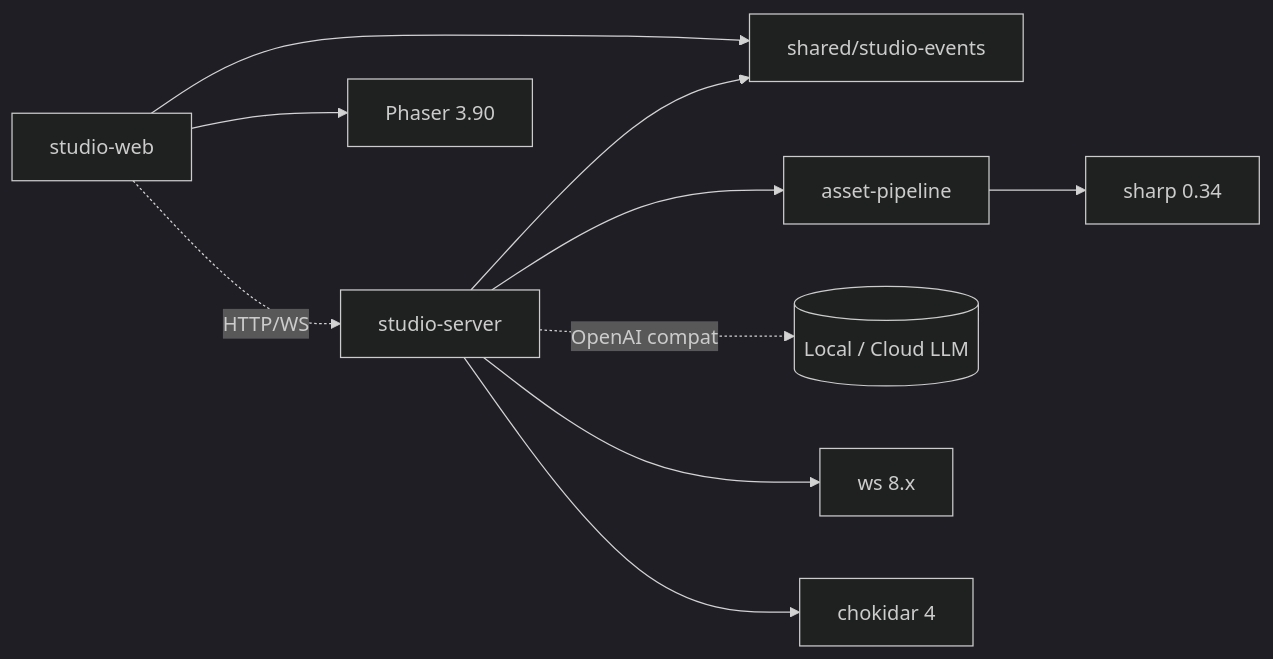
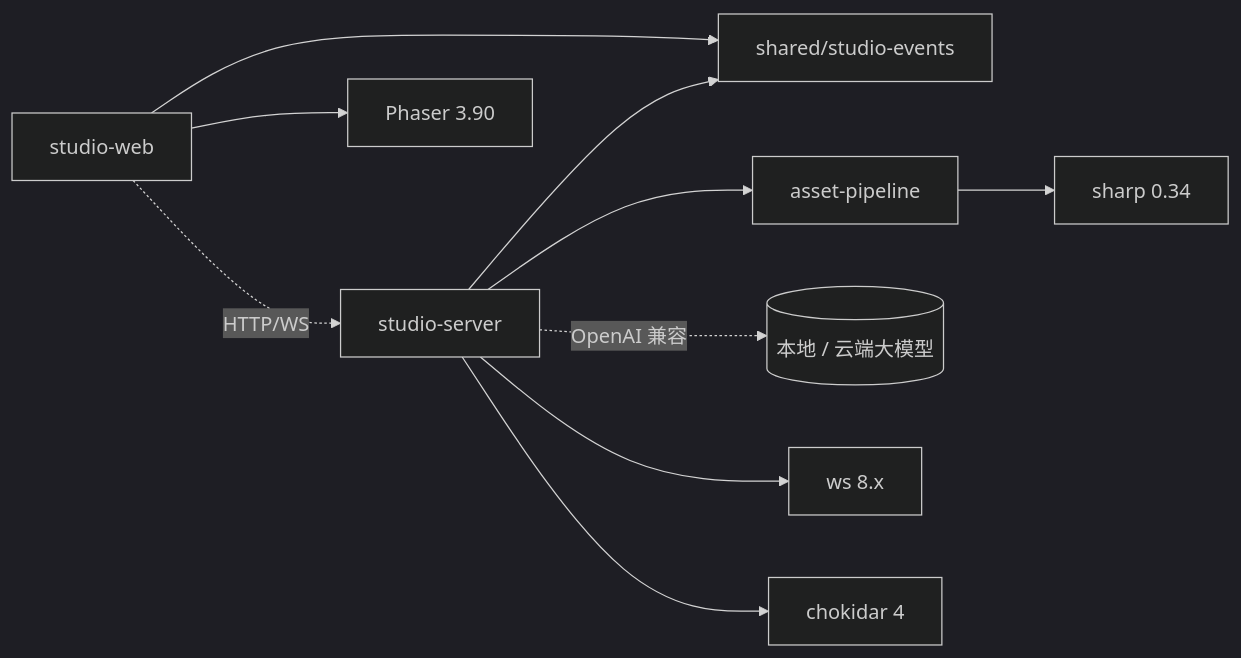
One commit to YeLuo45/AiGameAgent-design changed the third of 3 diagrams in docs-site/architecture.md. Above: the diagram before and after it, drawn with Mermaid (dark theme). The commit also changed other lines of this file and 16 other files, not shown here.

````diff
--- a/docs-site/architecture.md
+++ b/docs-site/architecture.md
@@ -97,12 +97,12 @@
 ```mermaid
 graph LR
   web[studio-web] --> shared[shared/studio-events]
   server[studio-server] --> shared
   server --> asset[asset-pipeline]
   web -.HTTP/WS.-> server
-  server -.OpenAI compat.-> LLM[(Local / Cloud LLM)]
+  server -.OpenAI 兼容.-> LLM[(本地 / 云端大模型)]
   web --> phaser[Phaser 3.90]
   server --> ws[ws 8.x]
   server --> chokidar[chokidar 4]
   asset --> sharp[sharp 0.34]
 ```
````
